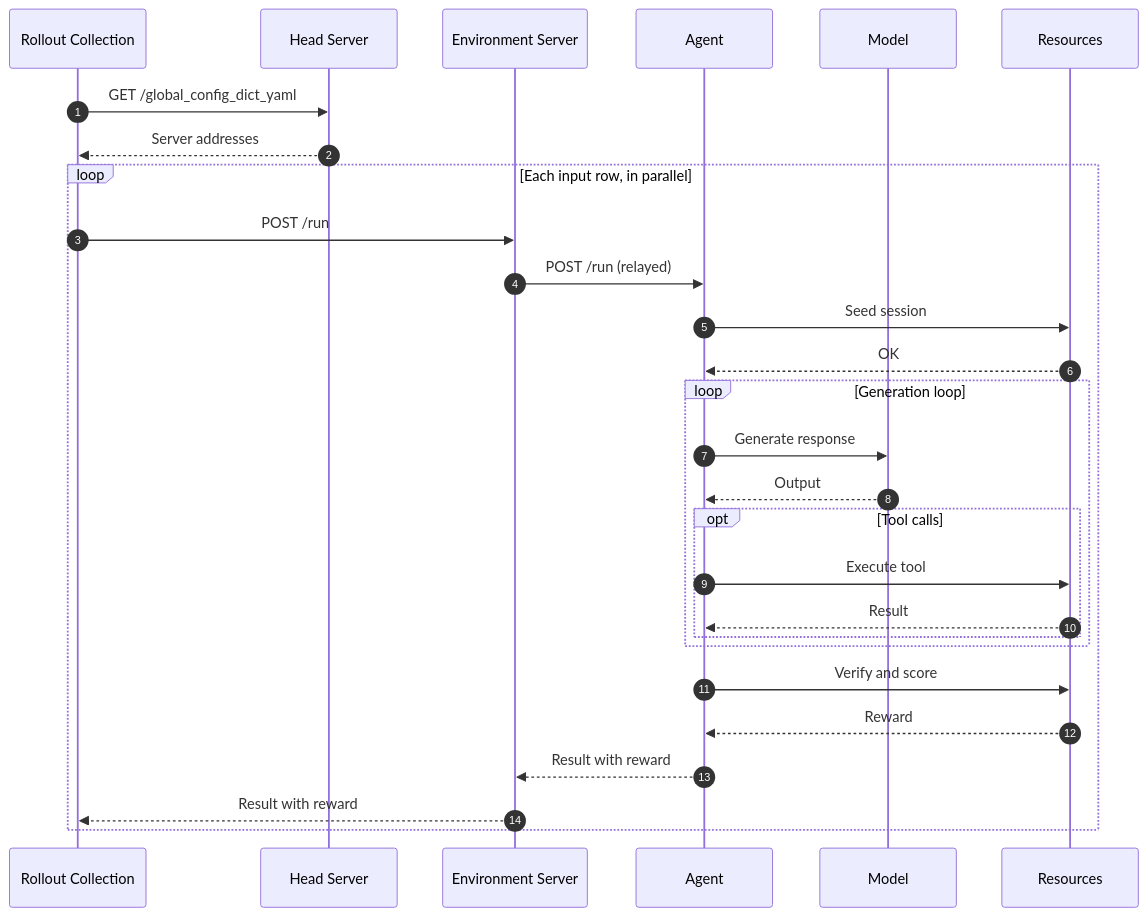
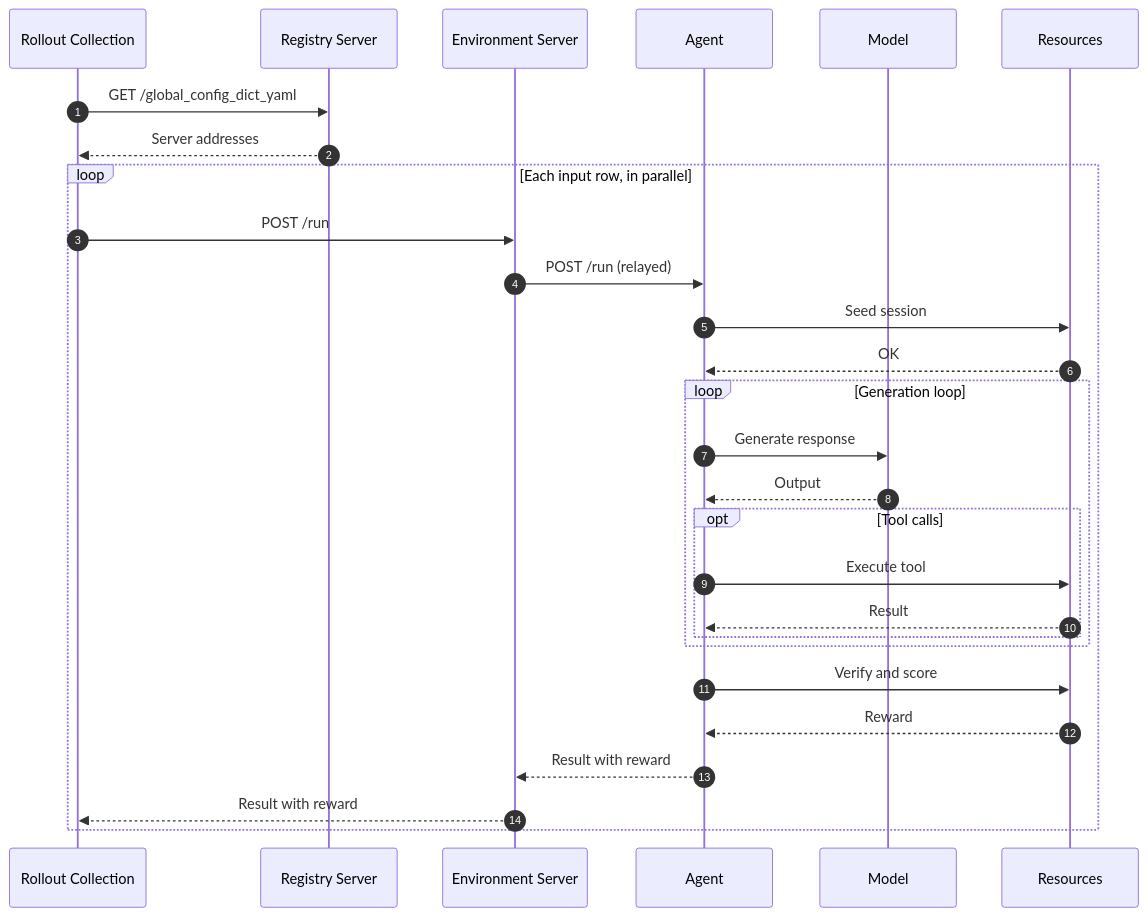
Before and after one commit to NVIDIA-NeMo/Gym: the fourth of 4 diagrams in fern/versions/latest/pages/infrastructure/engineering-notes/system-design.mdx, drawn with Mermaid. The commit also changed other lines of this file and 109 other files, not shown here.

````diff
--- a/fern/versions/latest/pages/infrastructure/engineering-notes/system-design.mdx
+++ b/fern/versions/latest/pages/infrastructure/engineering-notes/system-design.mdx
@@ -187,38 +187,38 @@
 ```mermaid
 %%{init: {'theme': 'default', 'themeVariables': { 'lineColor': '#5c6bc0', 'primaryTextColor': '#333'}}}%%
 sequenceDiagram
     autonumber
     participant Client as Rollout Collection
-    participant Head as Head Server
+    participant Registry as Registry Server
     participant Env as Environment Server
     participant Agent as Agent
     participant Model as Model
     participant Resources as Resources
 
-    Client->>Head: GET /global_config_dict_yaml
-    Head-->>Client: Server addresses
+    Client->>Registry: GET /global_config_dict_yaml
+    Registry-->>Client: Server addresses
 
     loop Each input row, in parallel
         Client->>Env: POST /run
         Env->>Agent: POST /run (relayed)
 
         Agent->>Resources: Seed session
         Resources-->>Agent: OK
 
         loop Generation loop
             Agent->>Model: Generate response
             Model-->>Agent: Output
 
             opt Tool calls
                 Agent->>Resources: Execute tool
                 Resources-->>Agent: Result
             end
         end
 
         Agent->>Resources: Verify and score
         Resources-->>Agent: Reward
 
         Agent-->>Env: Result with reward
         Env-->>Client: Result with reward
     end
 ```
````
